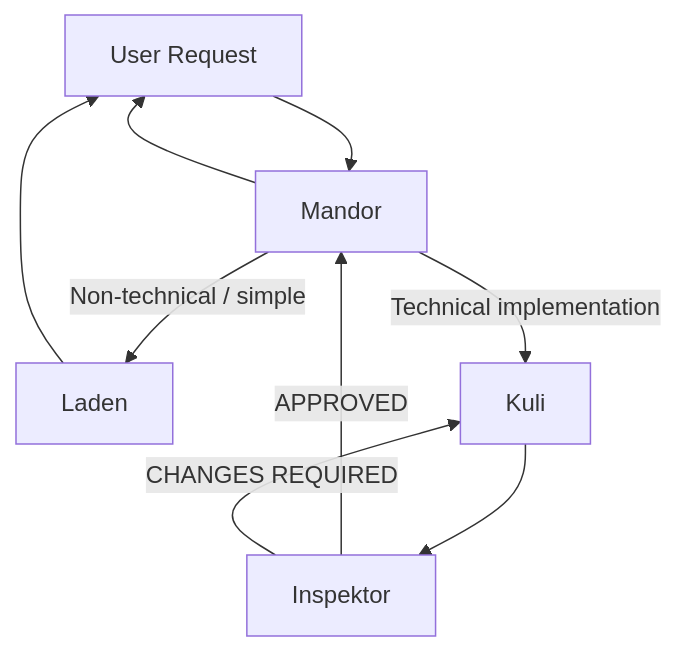
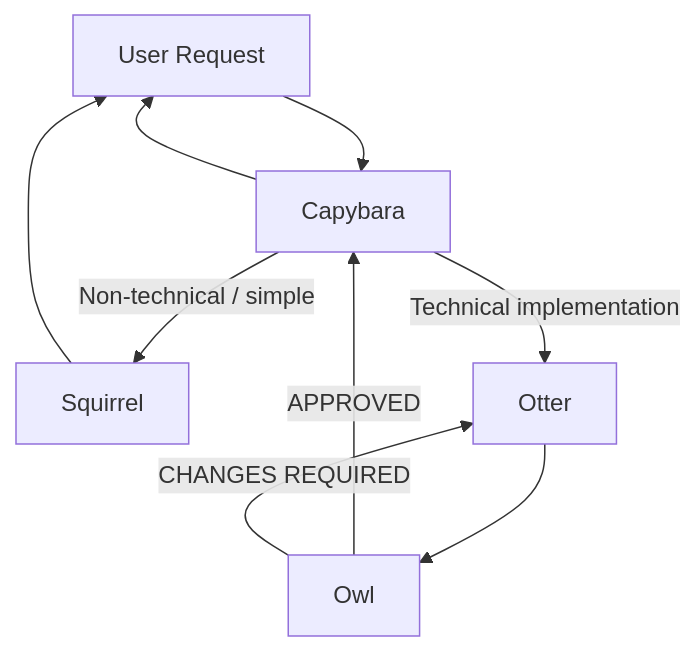
The diagram in README.md (kevinkwee/github-copilot-squad), drawn with Mermaid before and after one commit. The commit also changed other lines of this file and 4 other files, not shown here.

````diff
--- a/README.md
+++ b/README.md
@@ -73,13 +73,13 @@
 ```mermaid
 flowchart TD
-    U[User Request] --> M[Mandor]
-    M -->|Non-technical / simple| L[Laden]
+  U[User Request] --> M[Capybara]
+  M -->|Non-technical / simple| L[Squirrel]
     L --> U
 
-    M -->|Technical implementation| K[Kuli]
-    K --> I[Inspektor]
+  M -->|Technical implementation| K[Otter]
+  K --> I[Owl]
     I -->|APPROVED| M
     M --> U
 
     I -->|CHANGES REQUIRED| K
 ```
````
